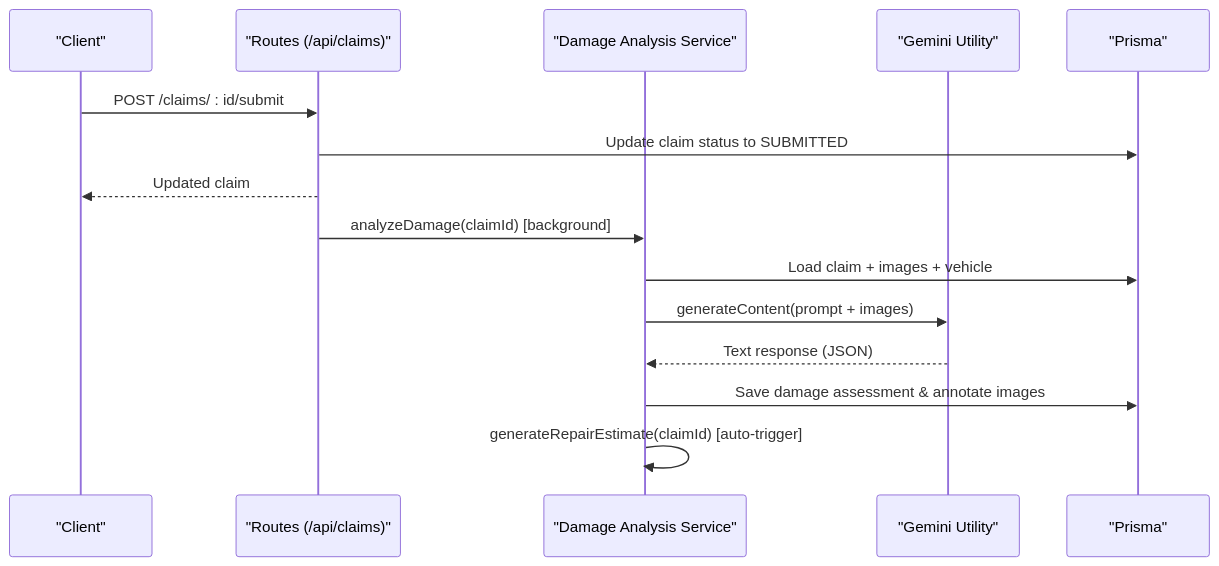
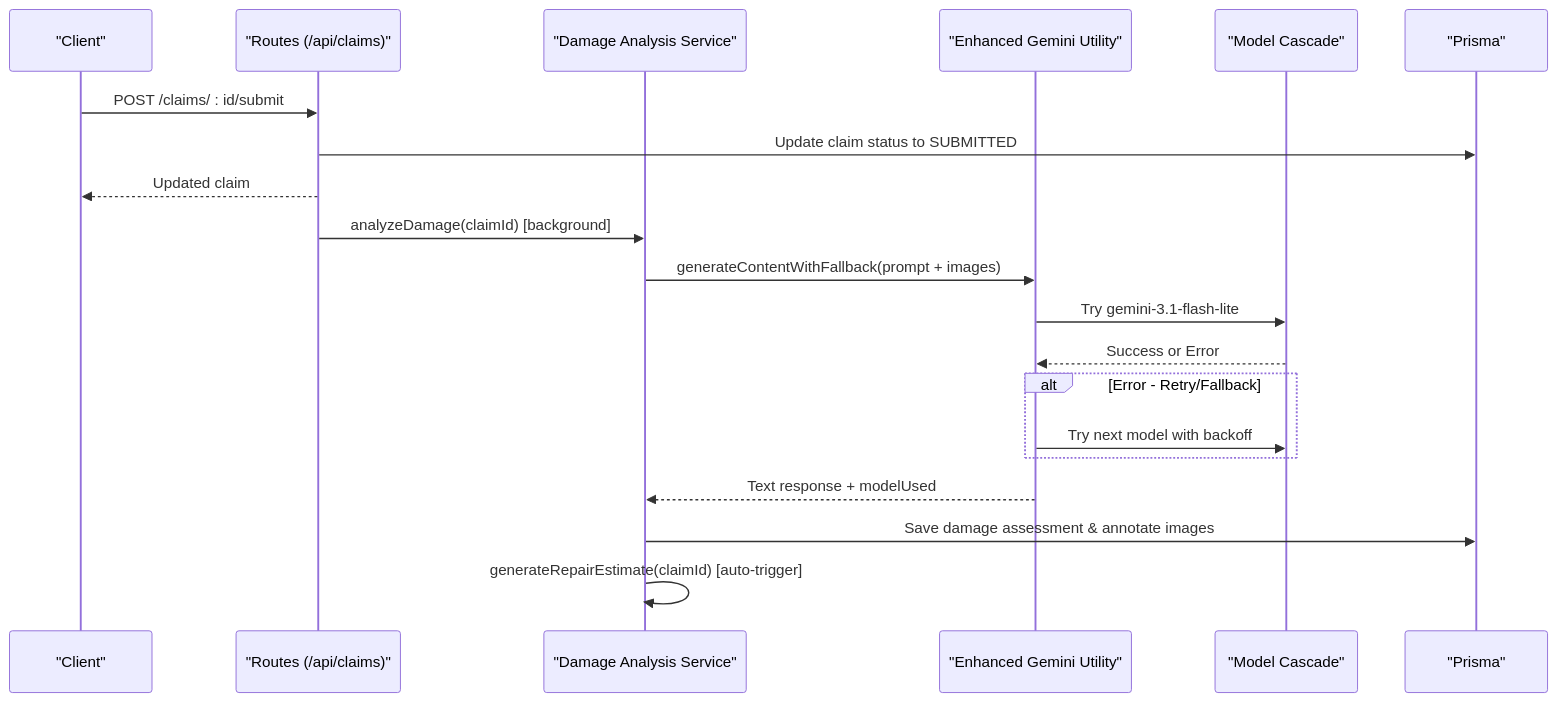
One commit to NaveenHiranya/Smart-Vehicle-Insurance-Claim-System changed the second of 9 diagrams in .qoder/repowiki/en/content/AI Services Integration/AI Services Integration.md. Above: the diagram before and after it, drawn with Mermaid. The commit also changed other lines of this file and 41 other files, not shown here.

````diff
--- a/.qoder/repowiki/en/content/AI Services Integration/AI Services Integration.md
+++ b/.qoder/repowiki/en/content/AI Services Integration/AI Services Integration.md
@@ -91,17 +96,22 @@
 ```mermaid
 sequenceDiagram
 participant C as "Client"
 participant R as "Routes (/api/claims)"
 participant D as "Damage Analysis Service"
-participant G as "Gemini Utility"
+participant G as "Enhanced Gemini Utility"
+participant MC as "Model Cascade"
 participant P as "Prisma"
 C->>R : POST /claims/ : id/submit
 R->>P : Update claim status to SUBMITTED
 R-->>C : Updated claim
 R->>D : analyzeDamage(claimId) [background]
-D->>P : Load claim + images + vehicle
-D->>G : generateContent(prompt + images)
-G-->>D : Text response (JSON)
+D->>G : generateContentWithFallback(prompt + images)
+G->>MC : Try gemini-3.1-flash-lite
+MC-->>G : Success or Error
+alt Error - Retry/Fallback
+G->>MC : Try next model with backoff
+end
+G-->>D : Text response + modelUsed
 D->>P : Save damage assessment & annotate images
 D->>D : generateRepairEstimate(claimId) [auto-trigger]
 ```
````
